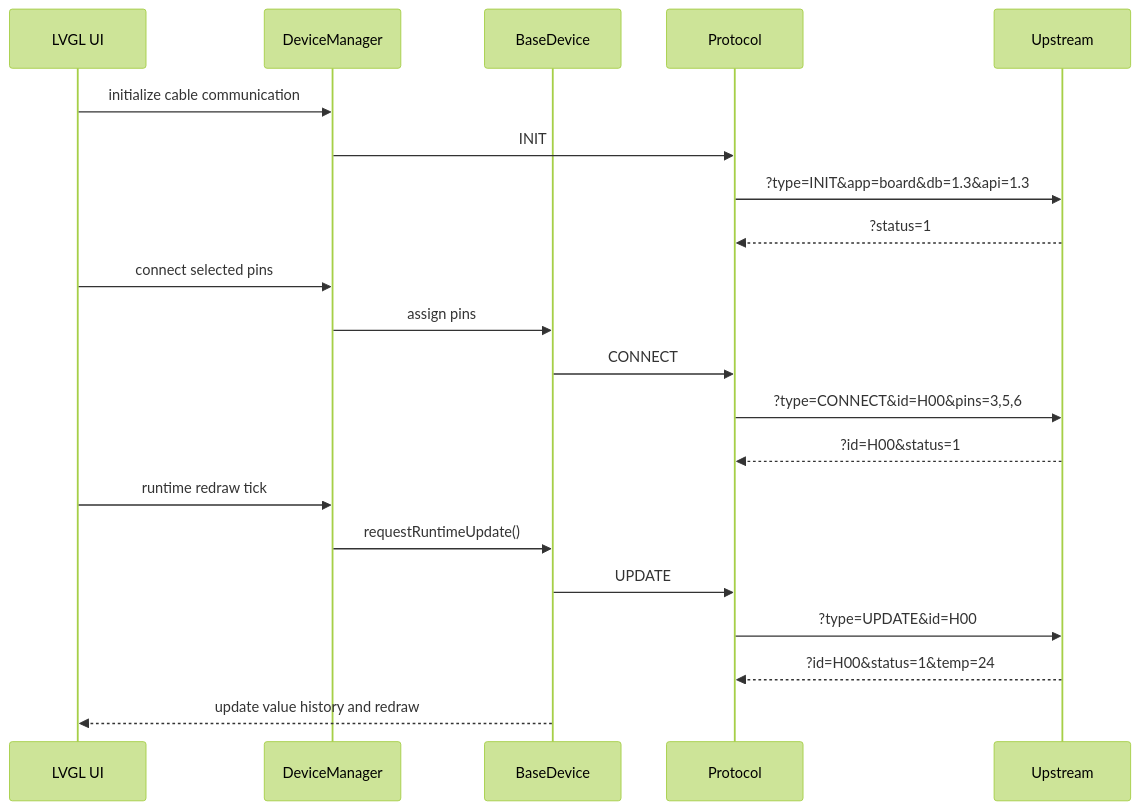
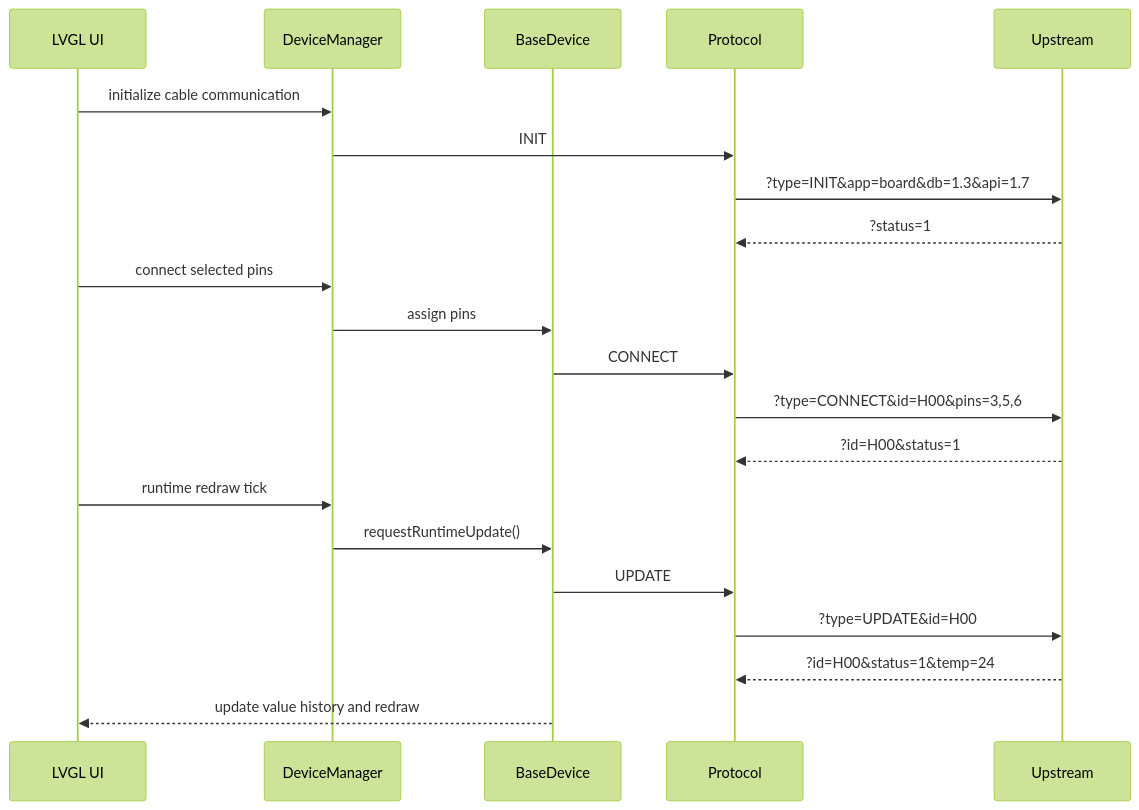
Before and after one commit to sgtkingo/EduBox-HUB-Panel: the second of 2 diagrams in docs/wiki/ARCHITECTURE.md, drawn with Mermaid (forest theme). The commit also changed 21 other files, not shown here.

````diff
--- a/docs/wiki/ARCHITECTURE.md
+++ b/docs/wiki/ARCHITECTURE.md
@@ -126,26 +126,26 @@
 ```mermaid
 sequenceDiagram
     participant UI as LVGL UI
     participant DM as DeviceManager
     participant D as BaseDevice
     participant P as Protocol
     participant HW as Upstream
 
     UI->>DM: initialize cable communication
     DM->>P: INIT
-    P->>HW: ?type=INIT&app=board&db=1.3&api=1.3
+    P->>HW: ?type=INIT&app=board&db=1.3&api=1.7
     HW-->>P: ?status=1
 
     UI->>DM: connect selected pins
     DM->>D: assign pins
     D->>P: CONNECT
     P->>HW: ?type=CONNECT&id=H00&pins=3,5,6
     HW-->>P: ?id=H00&status=1
 
     UI->>DM: runtime redraw tick
     DM->>D: requestRuntimeUpdate()
     D->>P: UPDATE
     P->>HW: ?type=UPDATE&id=H00
     HW-->>P: ?id=H00&status=1&temp=24
     D-->>UI: update value history and redraw
 ```
````
